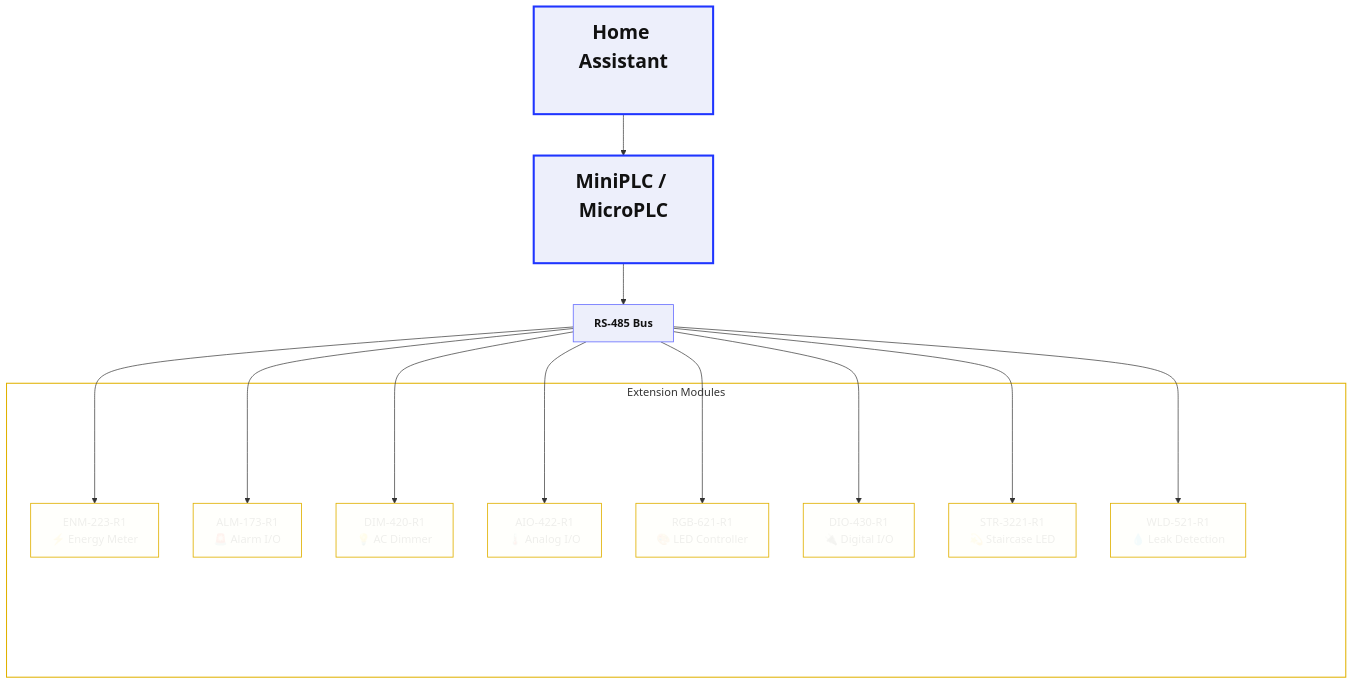
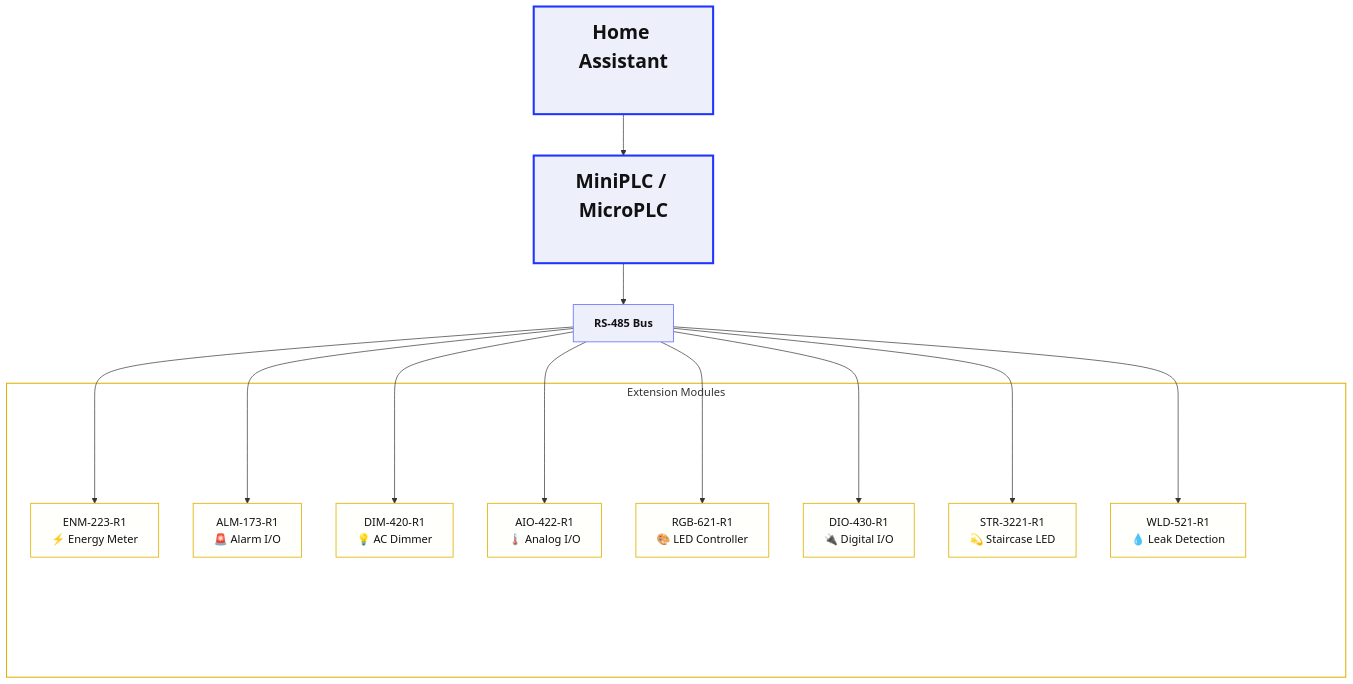
The diagram in README.md (isystemsautomation/HOMEMASTER), drawn with Mermaid before and after one commit.

````diff
--- a/README.md
+++ b/README.md
@@ -27,37 +27,37 @@
 ```mermaid
 %%{init: {"flowchart":{"htmlLabels":true,"nodeSpacing":50,"rankSpacing":60}}}%%
 flowchart TD
   %% Classes
   classDef hub fill:#EDEFFB,stroke:#6B72FF,stroke-width:1.2px,color:#111,font-weight:bold;
   classDef big fill:#EDEFFB,stroke:#1F35FF,stroke-width:3px,color:#111,font-weight:bold,font-size:28px;
-  classDef mod fill:#FFFffC,stroke:#E0B100,stroke-width:1.2px,color:#1111;
+  classDef mod fill:#FFFffC,stroke:#E0B100,stroke-width:1.2px,color:#111;
   classDef ghost fill:transparent,stroke:transparent,color:transparent;
 
   %% Double-sized HA and PLC (bigger font + extra line breaks)
   HA["Home Assistant<br/><br/>"]:::big --> PLC["MiniPLC / MicroPLC<br/><br/>"]:::big
   PLC --> RS485[RS-485 Bus]:::hub
 
   %% Subgraph with taller nodes; extra <br/> increases node height
   subgraph Mods["Extension Modules"]
     ENM[ENM‑223‑R1<br>⚡ Energy Meter]:::mod
     ALM[ALM‑173‑R1<br>🚨 Alarm I/O]:::mod
     DIM[DIM‑420‑R1<br>💡 AC Dimmer]:::mod
     AIO[AIO‑422‑R1<br>🌡️ Analog I/O]:::mod
     RGB[RGB‑621‑R1<br>🎨 LED Controller]:::mod
     DIO[DIO‑430‑R1<br>🔌 Digital I/O]:::mod
     STR[STR‑3221‑R1<br>💫 Staircase LED]:::mod
     WLD[WLD‑521‑R1<br>💧 Leak Detection]:::mod
     SP1["<br/><br/><br/><br/><br/><br/><br/><br/><br/><br/><br/><br/><br/><br/>"]:::ghost
   end
   style Mods fill:#FFFFFF,stroke:#E0B100,stroke-width:1.5px
 
   %% Edges
   RS485 --> ENM
   RS485 --> ALM
   RS485 --> DIM
   RS485 --> AIO
   RS485 --> RGB
   RS485 --> DIO
   RS485 --> STR
   RS485 --> WLD
 ```
````
